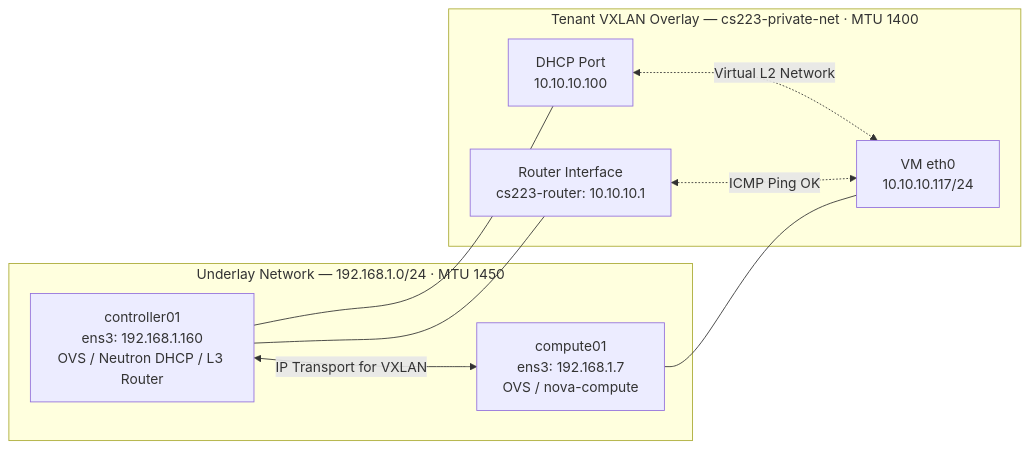
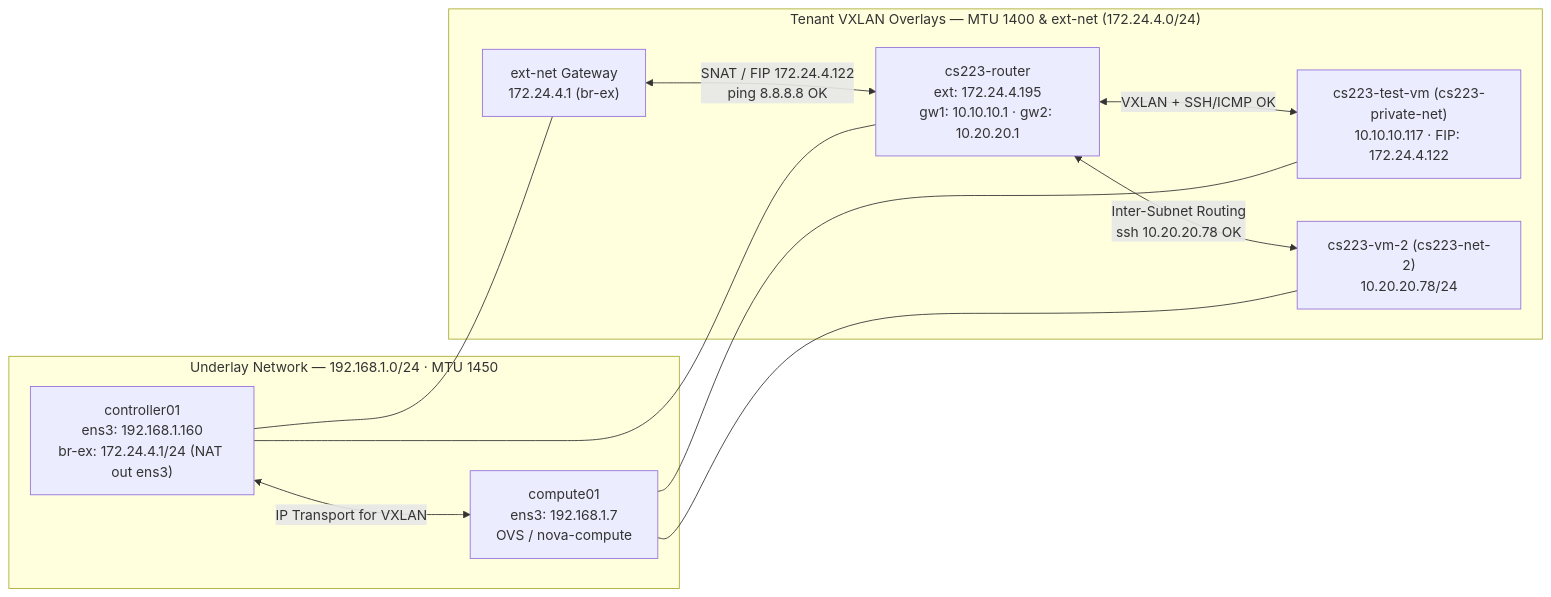
Before and after one commit to ronnakrit303/CS223-TermProject: the third of 9 diagrams in docs/02-architecture.md, drawn with Mermaid. The commit also changed other lines of this file and 13 other files, not shown here.

Commit message:
docs,evidence: add multi-network routing, ext-net NAT, Floating IP & internet egress verification

````diff
--- a/docs/02-architecture.md
+++ b/docs/02-architecture.md
@@ -262,20 +264,23 @@
 ```mermaid
 flowchart LR
     subgraph UNDERLAY["Underlay Network — 192.168.1.0/24 · MTU 1450"]
-        C["controller01<br/>ens3: 192.168.1.160<br/>OVS / Neutron DHCP / L3 Router"]
+        C["controller01<br/>ens3: 192.168.1.160<br/>br-ex: 172.24.4.1/24 (NAT out ens3)"]
         N["compute01<br/>ens3: 192.168.1.7<br/>OVS / nova-compute"]
         C <-->|"IP Transport for VXLAN"| N
     end
 
-    subgraph TENANT["Tenant VXLAN Overlay — cs223-private-net · MTU 1400"]
-        D["DHCP Port<br/>10.10.10.100"]
-        R["Router Interface<br/>cs223-router: 10.10.10.1"]
-        V["VM eth0<br/>10.10.10.117/24"]
-        D <-.->|"Virtual L2 Network"| V
-        R <-.->|"ICMP Ping OK"| V
+    subgraph TENANT["Tenant VXLAN Overlays — MTU 1400 & ext-net (172.24.4.0/24)"]
+        EXT["ext-net Gateway<br/>172.24.4.1 (br-ex)"]
+        R["cs223-router<br/>ext: 172.24.4.195<br/>gw1: 10.10.10.1 · gw2: 10.20.20.1"]
+        V1["cs223-test-vm (cs223-private-net)<br/>10.10.10.117 · FIP: 172.24.4.122"]
+        V2["cs223-vm-2 (cs223-net-2)<br/>10.20.20.78/24"]
+        EXT <-->|"SNAT / FIP 172.24.4.122<br/>ping 8.8.8.8 OK"| R
+        R <-->|"VXLAN + SSH/ICMP OK"| V1
+        R <-->|"Inter-Subnet Routing<br/>ssh 10.20.20.78 OK"| V2
     end
 
-    C --- D
+    C --- EXT
     C --- R
-    N --- V
+    N --- V1
+    N --- V2
 ```
````
